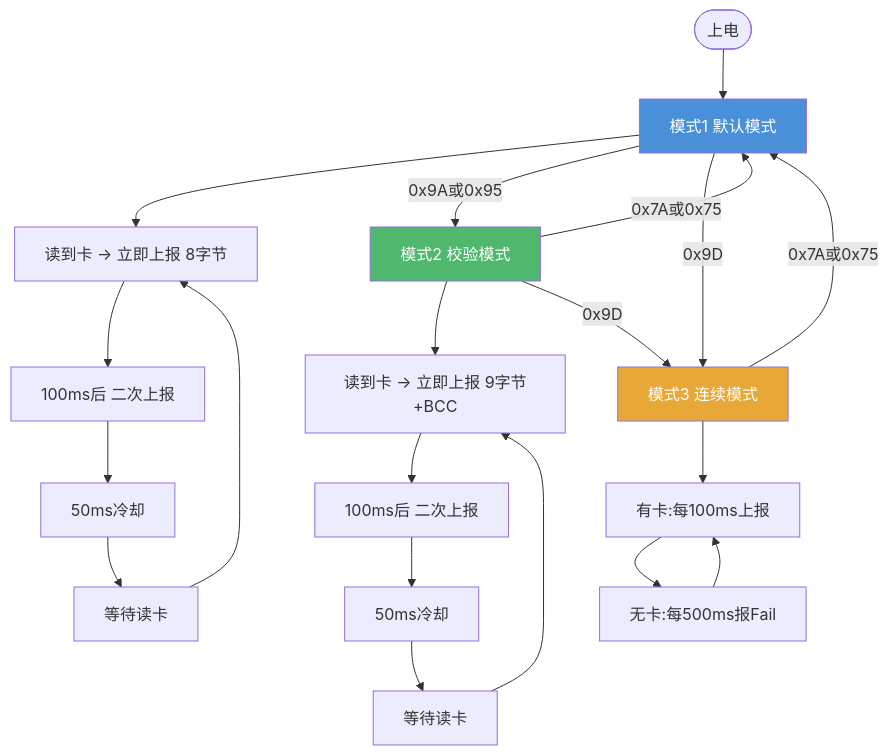
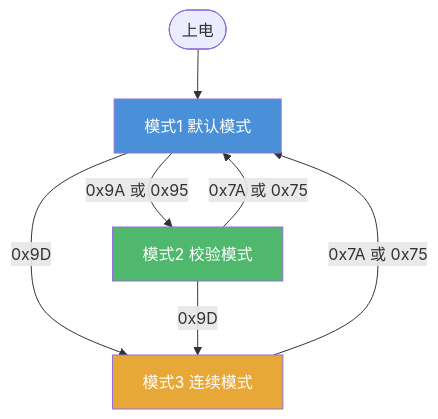
Before and after one commit to Siaiai/ObsidianNote: the fourth of 17 diagrams in 工作/SR3读卡器/260802SR3读卡器需求.md, drawn with Mermaid. The commit also changed other lines of this file, not shown here.

````diff
--- a/工作/SR3读卡器/260802SR3读卡器需求.md
+++ b/工作/SR3读卡器/260802SR3读卡器需求.md
@@ -122,30 +161,14 @@
 ```mermaid
 flowchart TD
-    Start([上电]) --> Mode1
+    Start([上电]) --> M1
 
-    Mode1[模式1 默认模式] --> Send1A[读到卡 -> 立即上报 8字节]
-    Send1A --> Send1B[100ms后 二次上报]
-    Send1B --> Cool1[50ms冷却]
-    Cool1 --> Idle1[等待读卡]
-    Idle1 --> Send1A
+    M1[模式1 默认模式] -->|0x9A 或 0x95| M2[模式2 校验模式]
+    M2 -->|0x7A 或 0x75| M1
+    M1 -->|0x9D| M3[模式3 连续模式]
+    M2 -->|0x9D| M3
+    M3 -->|0x7A 或 0x75| M1
 
-    Mode2[模式2 校验模式] --> Send2A[读到卡 -> 立即上报 9字节+BCC]
-    Send2A --> Send2B[100ms后 二次上报]
-    Send2B --> Cool2[50ms冷却]
-    Cool2 --> Idle2[等待读卡]
-    Idle2 --> Send2A
-
-    Mode3[模式3 连续模式] --> HasCard[有卡:每100ms上报]
-    HasCard --> NoCard[无卡:每500ms报Fail]
-    NoCard --> HasCard
-
-    Mode1 -->|0x9A或0x95| Mode2
-    Mode2 -->|0x7A或0x75| Mode1
-    Mode1 -->|0x9D| Mode3
-    Mode2 -->|0x9D| Mode3
-    Mode3 -->|0x7A或0x75| Mode1
-
-    style Mode1 fill:#4A90D9,color:#fff
-    style Mode2 fill:#50B86C,color:#fff
-    style Mode3 fill:#E8A838,color:#fff
+    style M1 fill:#4A90D9,color:#fff
+    style M2 fill:#50B86C,color:#fff
+    style M3 fill:#E8A838,color:#fff
 ```
````
